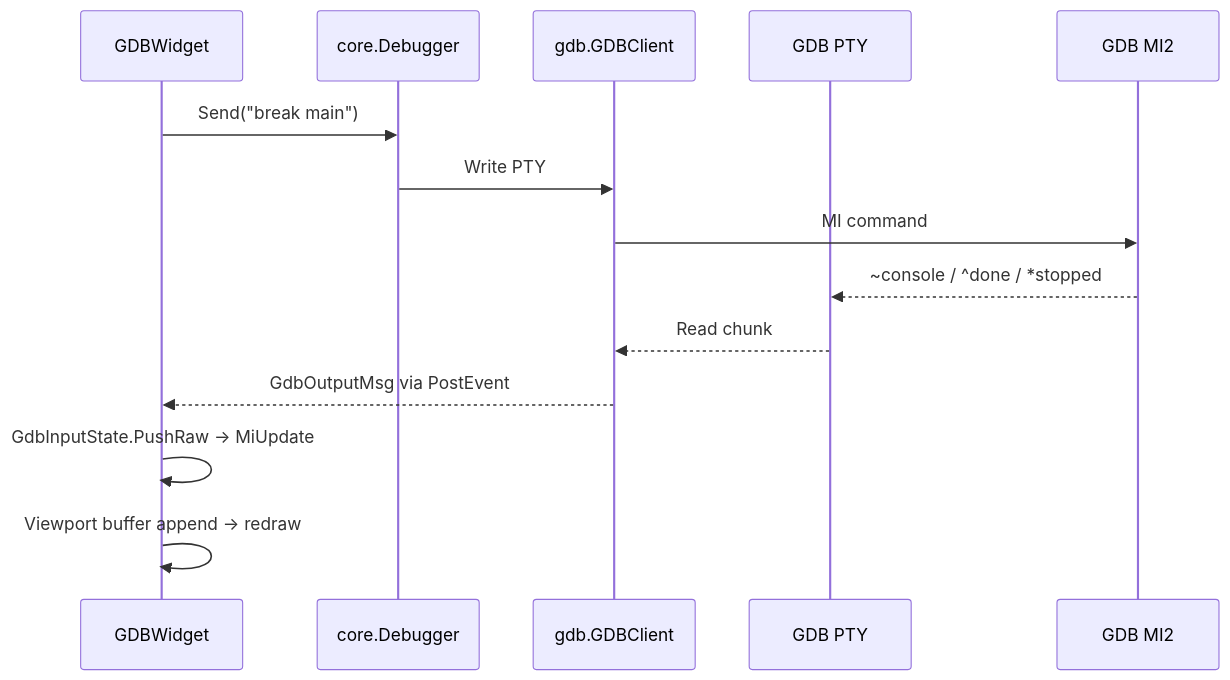
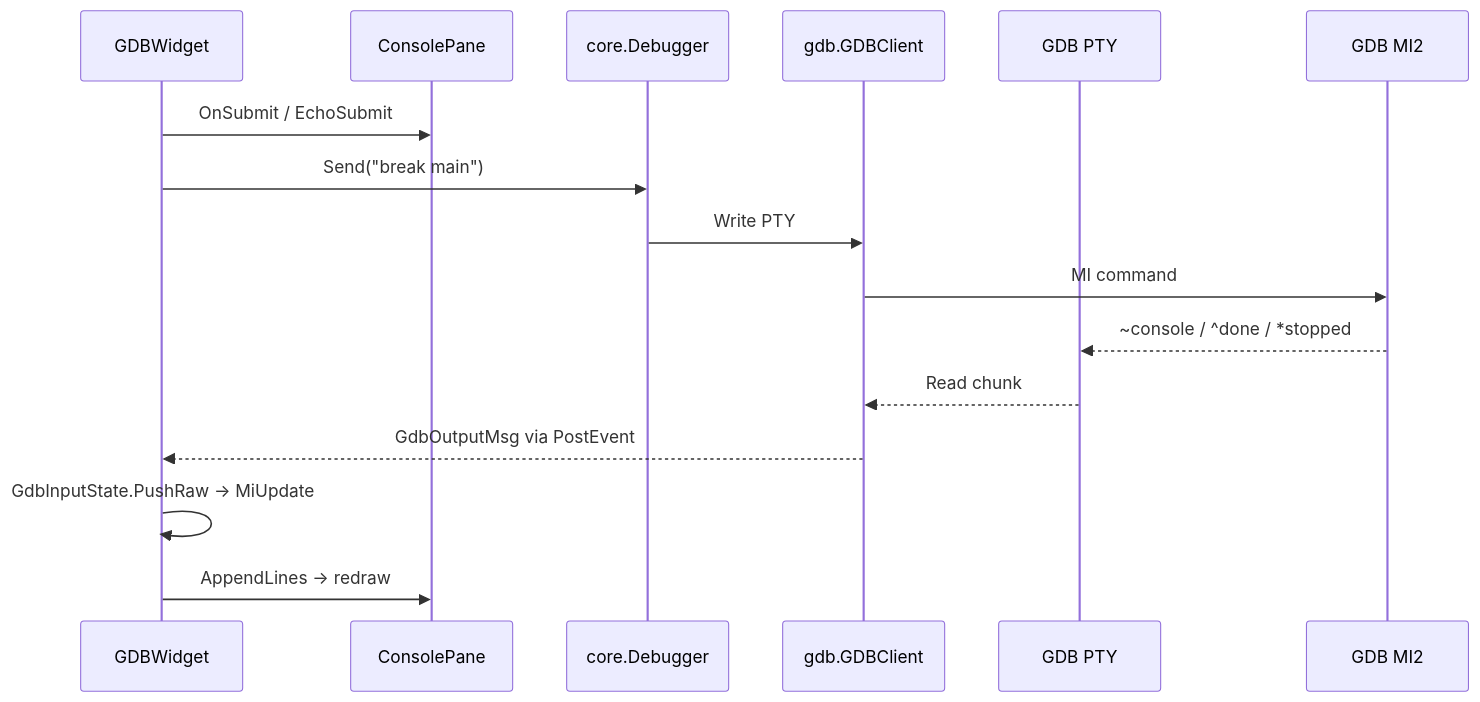
Before and after one commit to yairgd/gdbforge: the diagram in docs/diagrams/debugger_integration.mermaid, drawn with Mermaid. The commit also changed 13 other files, not shown here.

First line of the commit message:
Extract InputLine and ConsolePane; make GDBWidget a thin MI adapter.

```diff
--- a/docs/diagrams/debugger_integration.mermaid
+++ b/docs/diagrams/debugger_integration.mermaid
@@ -1,15 +1,17 @@
 sequenceDiagram
     participant UI as GDBWidget
+    participant Cons as ConsolePane
     participant Core as core.Debugger
     participant Client as gdb.GDBClient
     participant PTY as GDB PTY
     participant GDB as GDB MI2
 
+    UI->>Cons: OnSubmit / EchoSubmit
     UI->>Core: Send("break main")
     Core->>Client: Write PTY
     Client->>GDB: MI command
     GDB-->>PTY: ~console / ^done / *stopped
     PTY-->>Client: Read chunk
     Client-->>UI: GdbOutputMsg via PostEvent
     UI->>UI: GdbInputState.PushRaw → MiUpdate
-    UI->>UI: Viewport buffer append → redraw
+    UI->>Cons: AppendLines → redraw
```
